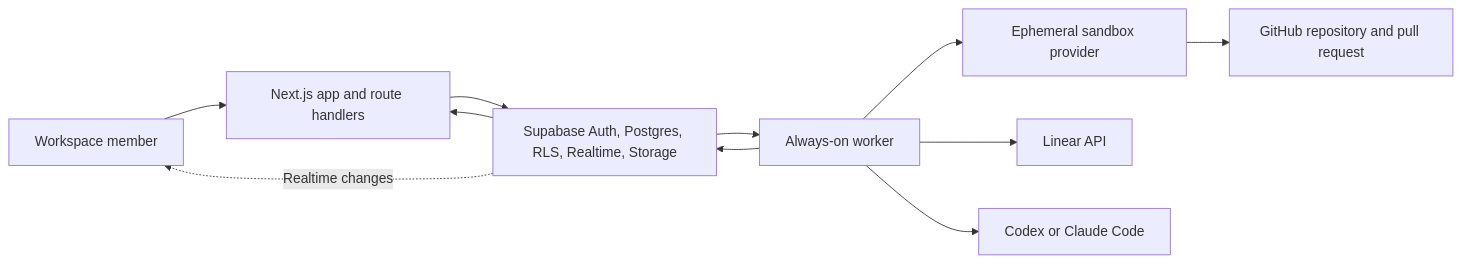
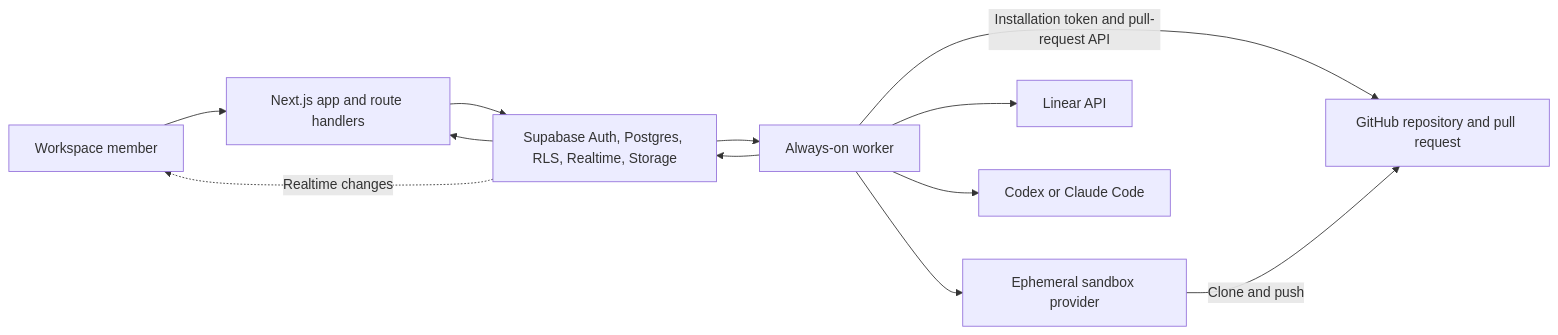
The diagram in docs/ARCHITECTURE.md (anantjain-xyz/wallie-dev), drawn with Mermaid before and after one commit. The commit also changed other lines of this file and 3 other files, not shown here.

````diff
--- a/docs/ARCHITECTURE.md
+++ b/docs/ARCHITECTURE.md
@@ -14,13 +14,14 @@
 ```mermaid
 flowchart LR
   user["Workspace member"] --> web["Next.js app and route handlers"]
   web --> db["Supabase Auth, Postgres, RLS, Realtime, Storage"]
   db --> web
   worker["Always-on worker"] --> db
   db --> worker
   worker --> sandbox["Ephemeral sandbox provider"]
-  sandbox --> github["GitHub repository and pull request"]
+  worker -- "Installation token and pull-request API" --> github["GitHub repository and pull request"]
+  sandbox -- "Clone and push" --> github
   worker --> linear["Linear API"]
   worker --> agent["Codex or Claude Code"]
   db -. "Realtime changes" .-> user
 ```
````
